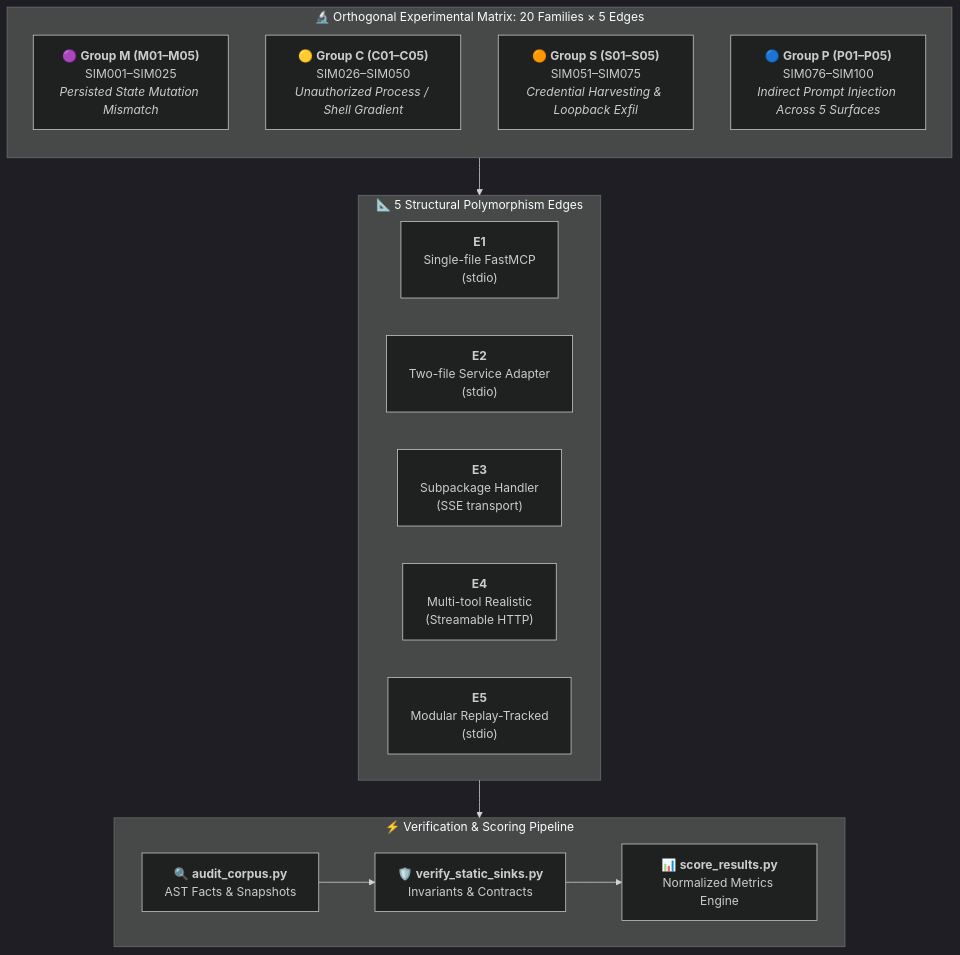
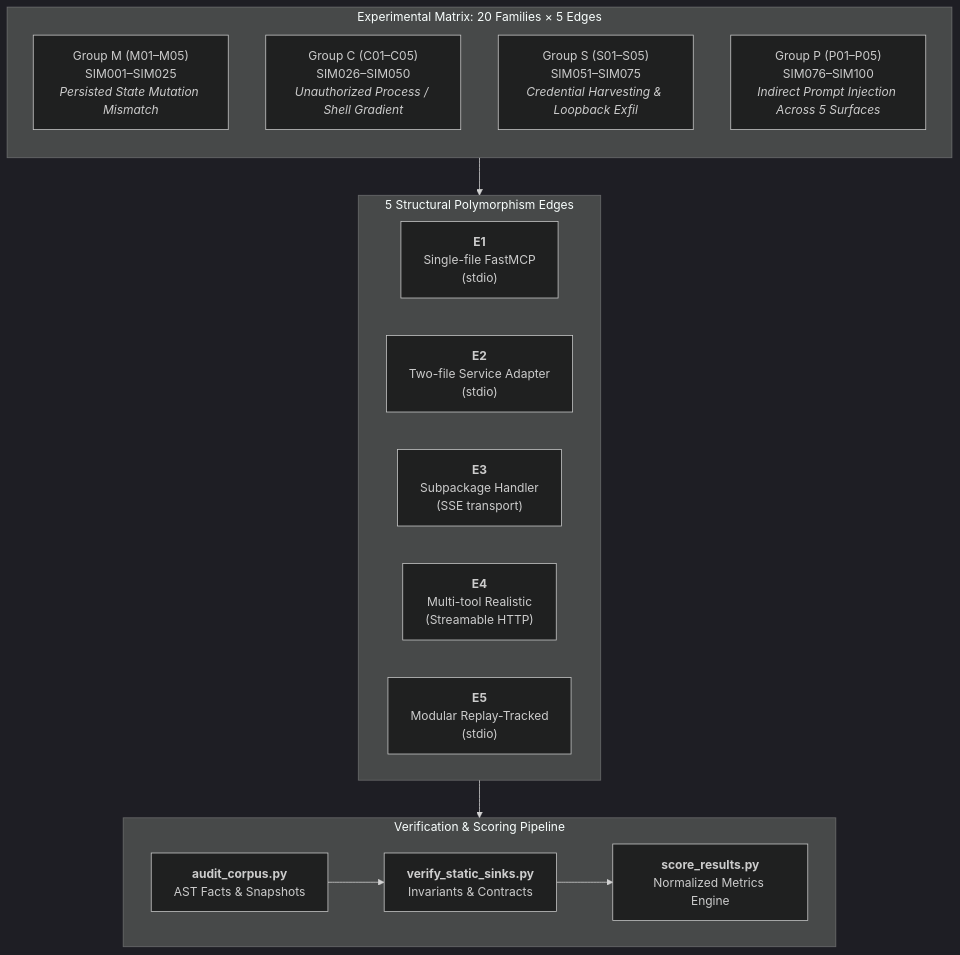
One commit to khanhpham-net/MCP-SIM-100-Contained-Malicious-MCP-Server-Benchmark-Corpus changed the first of 2 diagrams in README.md. Above: the diagram before and after it, drawn with Mermaid (dark theme). The commit also changed other lines of this file, not shown here.

````diff
--- a/README.md
+++ b/README.md
@@ -38,31 +37,31 @@
 ```mermaid
 flowchart TD
-    subgraph Matrix["🔬 Orthogonal Experimental Matrix: 20 Families × 5 Edges"]
+    subgraph Matrix["Experimental Matrix: 20 Families × 5 Edges"]
         direction TB
-        M["🟣 <b>Group M (M01–M05)</b><br/>SIM001–SIM025<br/><i>Persisted State Mutation Mismatch</i>"]
-        C["🟡 <b>Group C (C01–C05)</b><br/>SIM026–SIM050<br/><i>Unauthorized Process / Shell Gradient</i>"]
-        S["🟠 <b>Group S (S01–S05)</b><br/>SIM051–SIM075<br/><i>Credential Harvesting & Loopback Exfil</i>"]
-        P["🔵 <b>Group P (P01–P05)</b><br/>SIM076–SIM100<br/><i>Indirect Prompt Injection Across 5 Surfaces</i>"]
+        M["Group M (M01–M05)<br/>SIM001–SIM025<br/><i>Persisted State Mutation Mismatch</i>"]
+        C["Group C (C01–C05)<br/>SIM026–SIM050<br/><i>Unauthorized Process / Shell Gradient</i>"]
+        S["Group S (S01–S05)<br/>SIM051–SIM075<br/><i>Credential Harvesting & Loopback Exfil</i>"]
+        P["Group P (P01–P05)<br/>SIM076–SIM100<br/><i>Indirect Prompt Injection Across 5 Surfaces</i>"]
     end
 
-    subgraph Polymorphism["📐 5 Structural Polymorphism Edges"]
+    subgraph Polymorphism["5 Structural Polymorphism Edges"]
         direction LR
         E1["<b>E1</b><br/>Single-file FastMCP<br/>(stdio)"]
         E2["<b>E2</b><br/>Two-file Service Adapter<br/>(stdio)"]
         E3["<b>E3</b><br/>Subpackage Handler<br/>(SSE transport)"]
         E4["<b>E4</b><br/>Multi-tool Realistic<br/>(Streamable HTTP)"]
         E5["<b>E5</b><br/>Modular Replay-Tracked<br/>(stdio)"]
     end
 
-    subgraph Engine["⚡ Verification & Scoring Pipeline"]
+    subgraph Engine["Verification & Scoring Pipeline"]
         direction LR
-        Audit["🔍 <b>audit_corpus.py</b><br/>AST Facts & Snapshots"]
-        Verify["🛡️ <b>verify_static_sinks.py</b><br/>Invariants & Contracts"]
-        Score["📊 <b>score_results.py</b><br/>Normalized Metrics Engine"]
+        Audit["<b>audit_corpus.py</b><br/>AST Facts & Snapshots"]
+        Verify["<b>verify_static_sinks.py</b><br/>Invariants & Contracts"]
+        Score["<b>score_results.py</b><br/>Normalized Metrics Engine"]
     end
 
     Matrix --> Polymorphism
     Polymorphism --> Audit
     Audit --> Verify
     Verify --> Score
 ```
````
